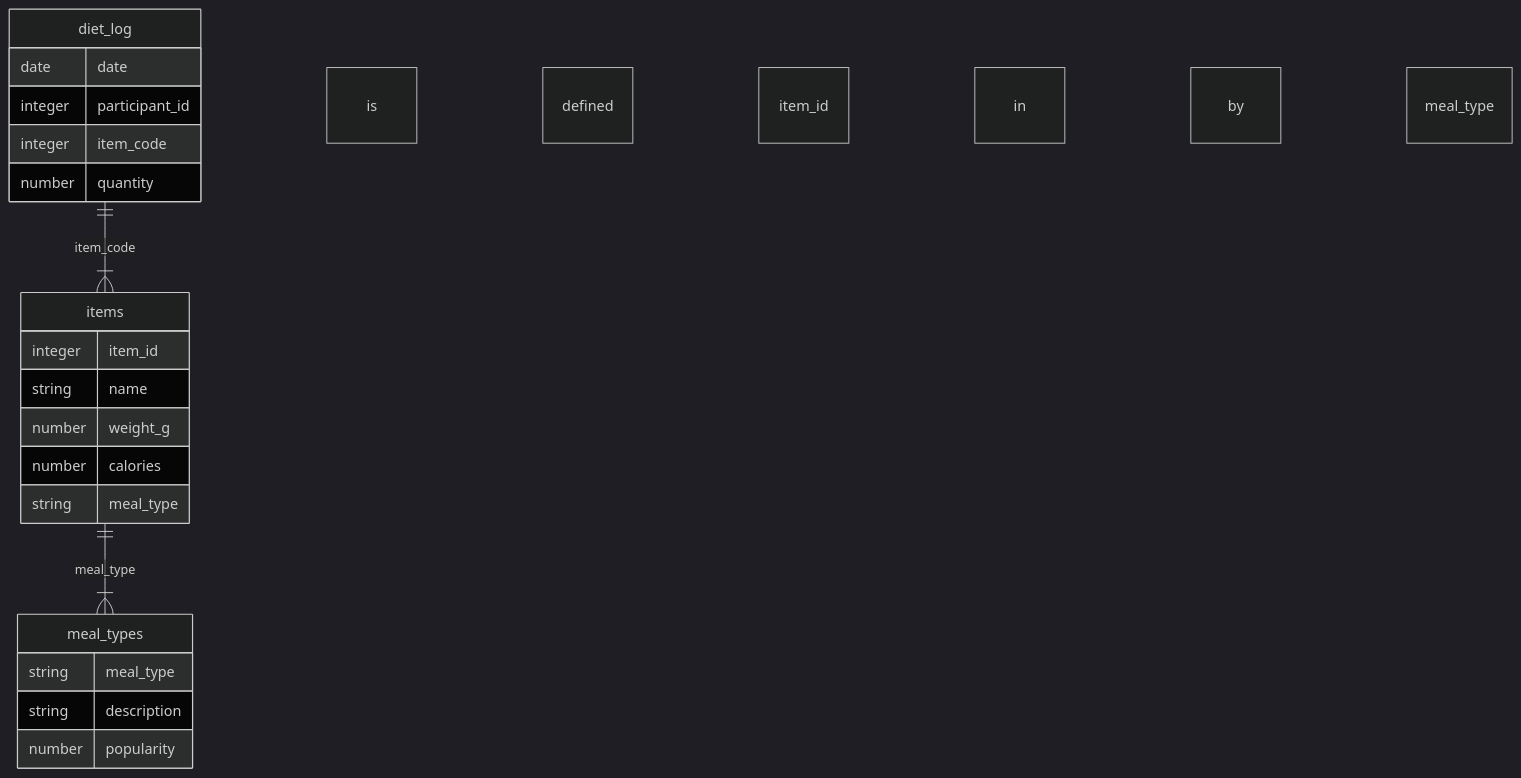
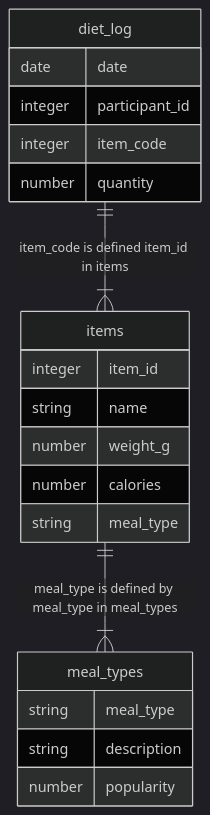
One commit to khusmann/frictionless-categorical-examples changed the diagram in table-based-categoricals/README.md. Above: the diagram before and after it, drawn with Mermaid (dark theme).

Commit message:
adjust note

````diff
--- a/table-based-categoricals/README.md
+++ b/table-based-categoricals/README.md
@@ -18,23 +18,23 @@
 ```mermaid
 erDiagram
-    diet_log ||--|{ items : item_code is defined item_id in items
+    diet_log ||--|{ items : "item_code is defined item_id in items"
     diet_log {
         date date
         integer participant_id
         integer item_code
         number quantity
     }
-    items ||--|{ meal_types : meal_type is defined by meal_type in meal_types
+    items ||--|{ meal_types : "meal_type is defined by meal_type in meal_types"
     items {
         integer item_id
         string name
         number weight_g
         number calories
         string meal_type
     }
     meal_types {
         string meal_type
         string description
         number popularity
     }
 ```
````
